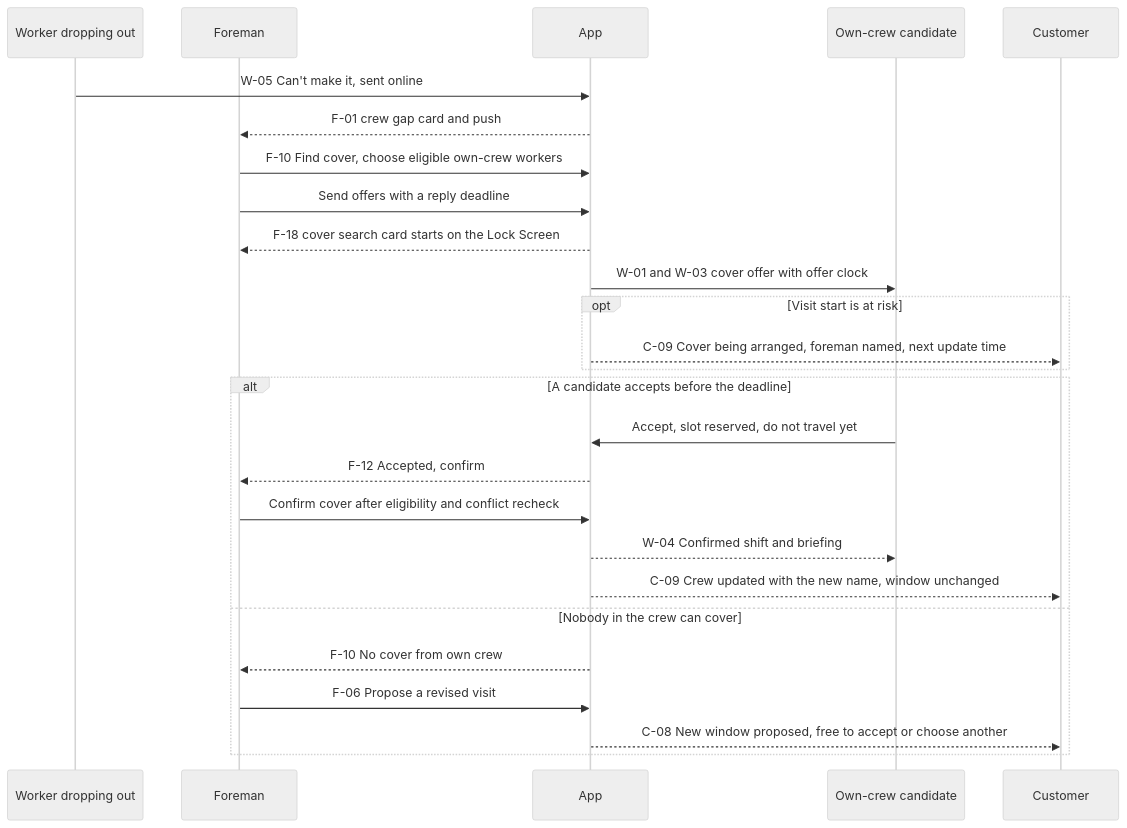
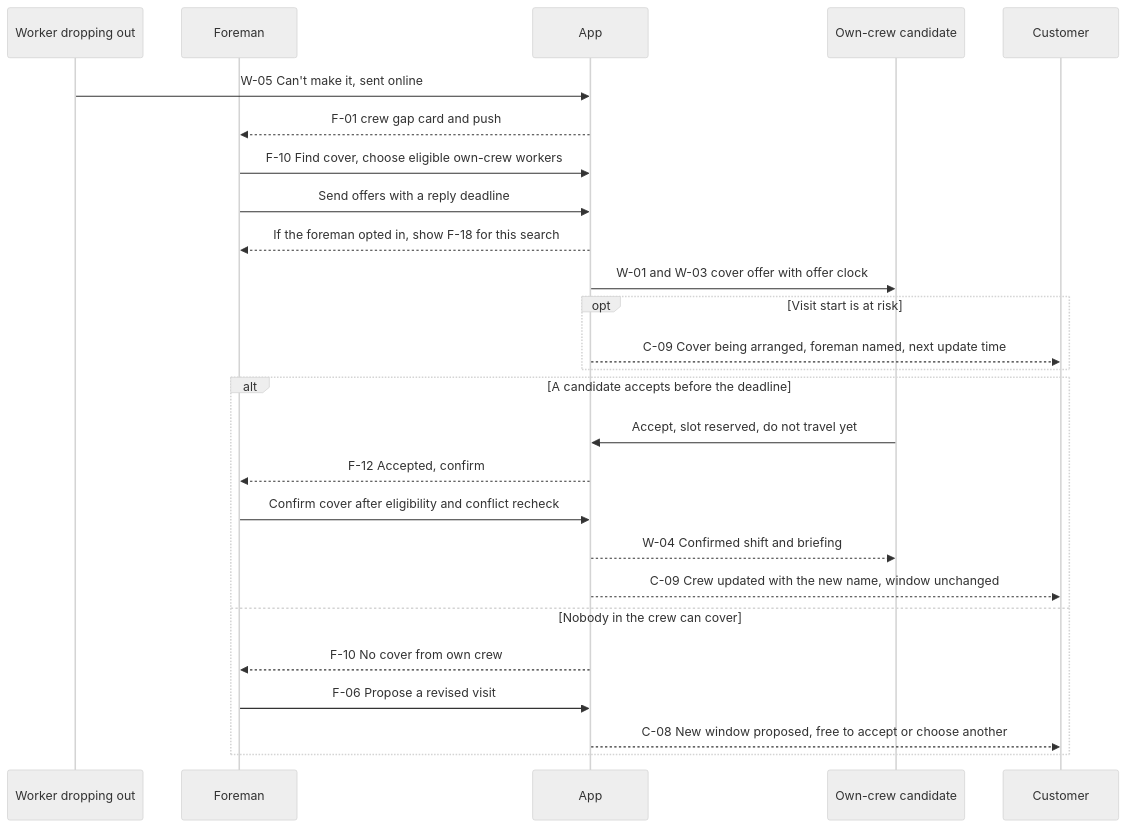
One commit to Artimunor/bookbuddy changed the second of 6 diagrams in design-fable/foundation/core-flows.md. Above: the diagram before and after it, drawn with Mermaid (neutral theme). The commit also changed other lines of this file and 109 other files, not shown here.

````diff
--- a/design-fable/foundation/core-flows.md
+++ b/design-fable/foundation/core-flows.md
@@ -66,28 +66,28 @@
 ```mermaid
 sequenceDiagram
     participant X as Worker dropping out
     participant F as Foreman
     participant A as App
     participant W as Own-crew candidate
     participant C as Customer
     X->>A: W-05 Can't make it, sent online
     A-->>F: F-01 crew gap card and push
     F->>A: F-10 Find cover, choose eligible own-crew workers
     F->>A: Send offers with a reply deadline
-    A-->>F: F-18 cover search card starts on the Lock Screen
+    A-->>F: If the foreman opted in, show F-18 for this search
     A->>W: W-01 and W-03 cover offer with offer clock
     opt Visit start is at risk
         A-->>C: C-09 Cover being arranged, foreman named, next update time
     end
     alt A candidate accepts before the deadline
         W->>A: Accept, slot reserved, do not travel yet
         A-->>F: F-12 Accepted, confirm
         F->>A: Confirm cover after eligibility and conflict recheck
         A-->>W: W-04 Confirmed shift and briefing
         A-->>C: C-09 Crew updated with the new name, window unchanged
     else Nobody in the crew can cover
         A-->>F: F-10 No cover from own crew
         F->>A: F-06 Propose a revised visit
         A-->>C: C-08 New window proposed, free to accept or choose another
     end
 ```
````
